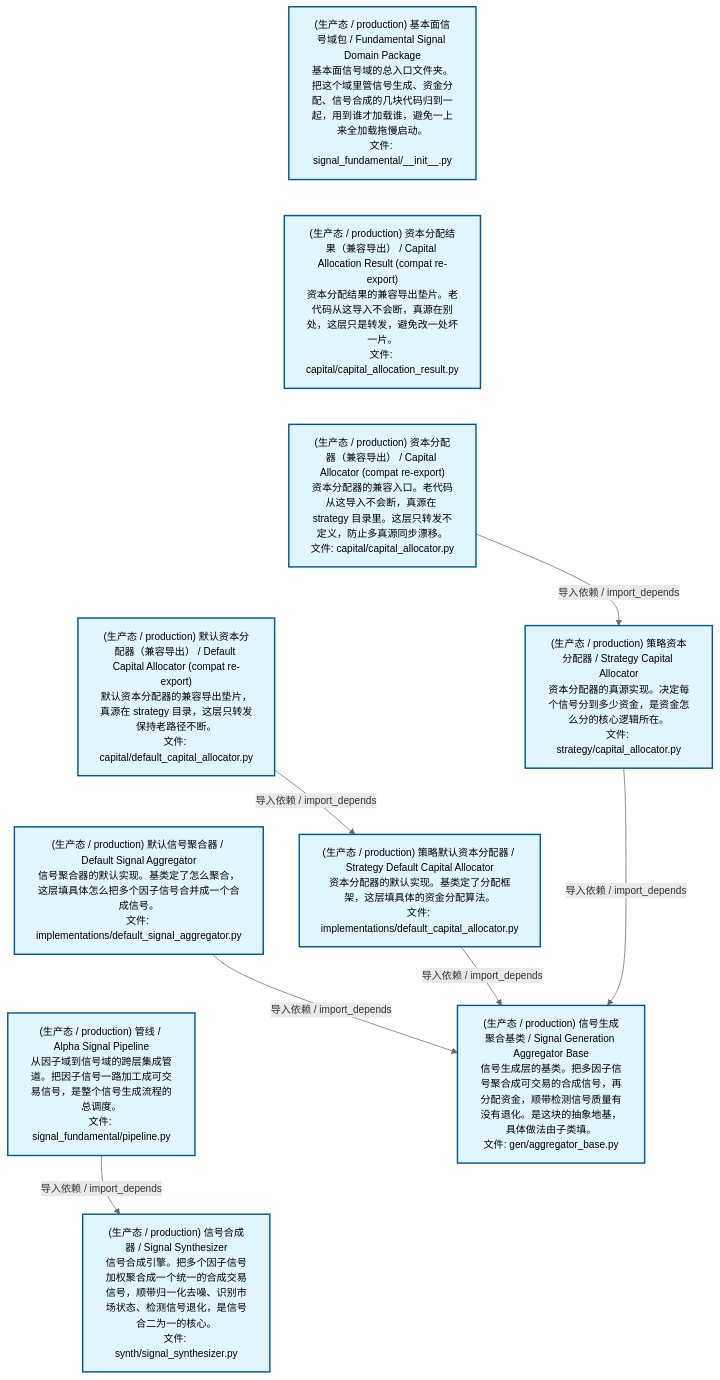
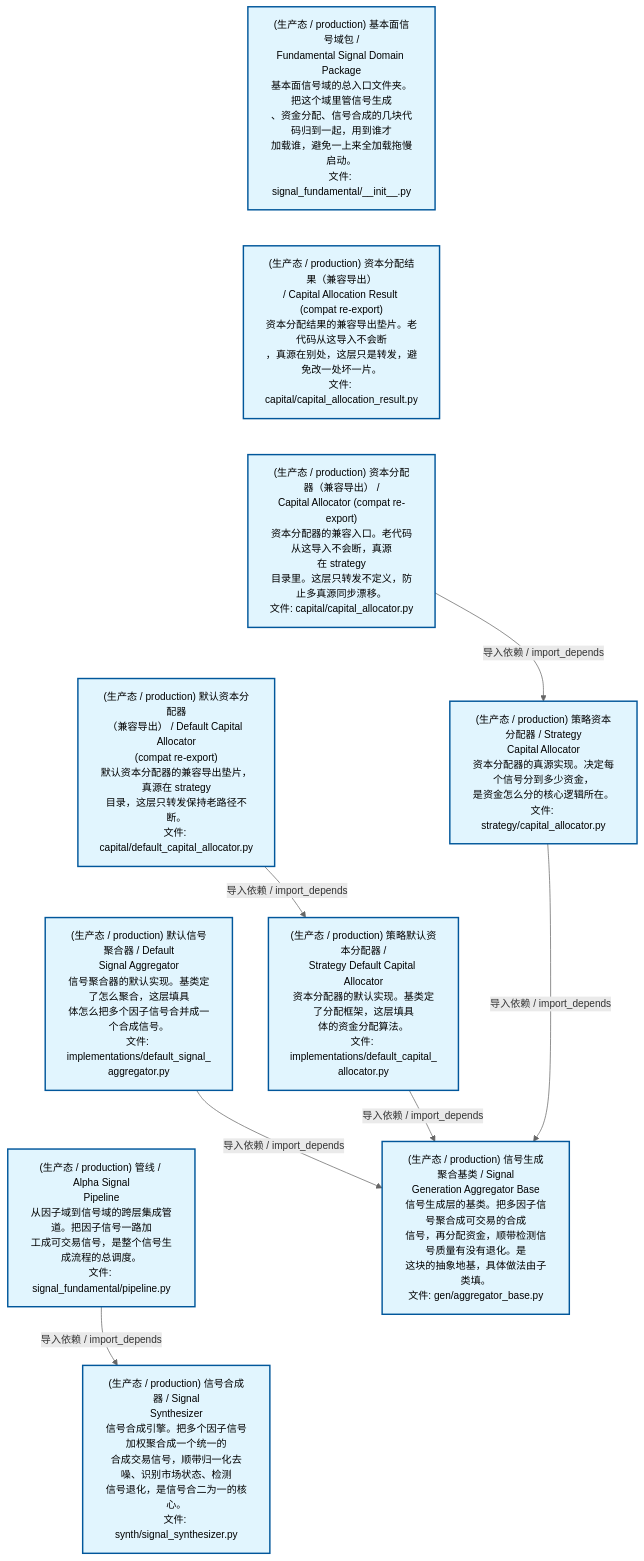
The second of 4 diagrams in docs/02_enterprise_architecture/02_domain_architecture_docs/48_d_fundamental_signal.md (xuanFelixVan/ZephyrAlpha), drawn with Mermaid before and after one commit. The commit also changed other lines of this file and 61 other files, not shown here.

````diff
--- a/docs/02_enterprise_architecture/02_domain_architecture_docs/48_d_fundamental_signal.md
+++ b/docs/02_enterprise_architecture/02_domain_architecture_docs/48_d_fundamental_signal.md
@@ -123,32 +123,32 @@
 ```mermaid
 %%{init: {'theme': 'base', 'themeVariables': {'primaryColor': '#eaeaea', 'primaryTextColor': '#333333', 'primaryBorderColor': '#666666', 'lineColor': '#666666', 'secondaryColor': '#eaeaea', 'tertiaryColor': '#eaeaea', 'fontSize': '14px'}}}%%
 flowchart TD
-    src_zephyr_signal_fundamental_init_py["(生产态 / production) 基本面信号域包 / Fundamental Signal Domain Package<br/>基本面信号域的总入口文件夹。把这个域里管信号生成、资金分配、信号合成的几块代码归到一起，用到谁才加载谁，避免一上来全加载拖慢启动。<br/>文件: signal_fundamental/__init__.py"]
-    src_zephyr_signal_fundamental_capital_capital_allocation_result_py["(生产态 / production) 资本分配结果（兼容导出） / Capital Allocation Result (compat re-export)<br/>资本分配结果的兼容导出垫片。老代码从这导入不会断，真源在别处，这层只是转发，避免改一处坏一片。<br/>文件: capital/capital_allocation_result.py"]
-    src_zephyr_signal_fundamental_capital_capital_allocator_py["(生产态 / production) 资本分配器（兼容导出） / Capital Allocator (compat re-export)<br/>资本分配器的兼容入口。老代码从这导入不会断，真源在 strategy 目录里。这层只转发不定义，防止多真源同步漂移。<br/>文件: capital/capital_allocator.py"]
-    src_zephyr_signal_fundamental_capital_default_capital_allocator_py["(生产态 / production) 默认资本分配器（兼容导出） / Default Capital Allocator (compat re-export)<br/>默认资本分配器的兼容导出垫片，真源在 strategy 目录，这层只转发保持老路径不断。<br/>文件: capital/default_capital_allocator.py"]
-    src_zephyr_signal_fundamental_gen_implementations_default_signal_aggregator_py["(生产态 / production) 默认信号聚合器 / Default Signal Aggregator<br/>信号聚合器的默认实现。基类定了怎么聚合，这层填具体怎么把多个因子信号合并成一个合成信号。<br/>文件: implementations/default_signal_aggregator.py"]
-    src_zephyr_signal_fundamental_pipeline_py["(生产态 / production) 管线 / Alpha Signal Pipeline<br/>从因子域到信号域的跨层集成管道。把因子信号一路加工成可交易信号，是整个信号生成流程的总调度。<br/>文件: signal_fundamental/pipeline.py"]
+    src_zephyr_signal_fundamental_init_py["(生产态 / production) 基本面信号域包 /<br/>Fundamental Signal Domain Package<br/>基本面信号域的总入口文件夹。把这个域里管信号生成<br/>、资金分配、信号合成的几块代码归到一起，用到谁才<br/>加载谁，避免一上来全加载拖慢启动。<br/>文件: signal_fundamental/__init__.py"]
+    src_zephyr_signal_fundamental_capital_capital_allocation_result_py["(生产态 / production) 资本分配结果（兼容导出）<br/>/ Capital Allocation Result (compat re-export)<br/>资本分配结果的兼容导出垫片。老代码从这导入不会断<br/>，真源在别处，这层只是转发，避免改一处坏一片。<br/>文件: capital/capital_allocation_result.py"]
+    src_zephyr_signal_fundamental_capital_capital_allocator_py["(生产态 / production) 资本分配器（兼容导出） /<br/>Capital Allocator (compat re-export)<br/>资本分配器的兼容入口。老代码从这导入不会断，真源<br/>在 strategy<br/>目录里。这层只转发不定义，防止多真源同步漂移。<br/>文件: capital/capital_allocator.py"]
+    src_zephyr_signal_fundamental_capital_default_capital_allocator_py["(生产态 / production) 默认资本分配器<br/>（兼容导出） / Default Capital Allocator<br/>(compat re-export)<br/>默认资本分配器的兼容导出垫片，真源在 strategy<br/>目录，这层只转发保持老路径不断。<br/>文件: capital/default_capital_allocator.py"]
+    src_zephyr_signal_fundamental_gen_implementations_default_signal_aggregator_py["(生产态 / production) 默认信号聚合器 / Default<br/>Signal Aggregator<br/>信号聚合器的默认实现。基类定了怎么聚合，这层填具<br/>体怎么把多个因子信号合并成一个合成信号。<br/>文件: implementations/default_signal_<br/>aggregator.py"]
+    src_zephyr_signal_fundamental_pipeline_py["(生产态 / production) 管线 / Alpha Signal<br/>Pipeline<br/>从因子域到信号域的跨层集成管道。把因子信号一路加<br/>工成可交易信号，是整个信号生成流程的总调度。<br/>文件: signal_fundamental/pipeline.py"]
     src_zephyr_signal_fundamental_init_py ~~~ src_zephyr_signal_fundamental_capital_capital_allocation_result_py
     src_zephyr_signal_fundamental_capital_capital_allocation_result_py ~~~ src_zephyr_signal_fundamental_capital_capital_allocator_py
     src_zephyr_signal_fundamental_capital_capital_allocator_py ~~~ src_zephyr_signal_fundamental_capital_default_capital_allocator_py
     src_zephyr_signal_fundamental_capital_default_capital_allocator_py ~~~ src_zephyr_signal_fundamental_gen_implementations_default_signal_aggregator_py
     src_zephyr_signal_fundamental_gen_implementations_default_signal_aggregator_py ~~~ src_zephyr_signal_fundamental_pipeline_py
-    src_zephyr_signal_fundamental_strategy_capital_allocator_py["(生产态 / production) 策略资本分配器 / Strategy Capital Allocator<br/>资本分配器的真源实现。决定每个信号分到多少资金，是资金怎么分的核心逻辑所在。<br/>文件: strategy/capital_allocator.py"]
-    src_zephyr_signal_fundamental_strategy_implementations_default_capital_allocator_py["(生产态 / production) 策略默认资本分配器 / Strategy Default Capital Allocator<br/>资本分配器的默认实现。基类定了分配框架，这层填具体的资金分配算法。<br/>文件: implementations/default_capital_allocator.py"]
-    src_zephyr_signal_fundamental_synth_signal_synthesizer_py["(生产态 / production) 信号合成器 / Signal Synthesizer<br/>信号合成引擎。把多个因子信号加权聚合成一个统一的合成交易信号，顺带归一化去噪、识别市场状态、检测信号退化，是信号合二为一的核心。<br/>文件: synth/signal_synthesizer.py"]
+    src_zephyr_signal_fundamental_strategy_capital_allocator_py["(生产态 / production) 策略资本分配器 / Strategy<br/>Capital Allocator<br/>资本分配器的真源实现。决定每个信号分到多少资金，<br/>是资金怎么分的核心逻辑所在。<br/>文件: strategy/capital_allocator.py"]
+    src_zephyr_signal_fundamental_strategy_implementations_default_capital_allocator_py["(生产态 / production) 策略默认资本分配器 /<br/>Strategy Default Capital Allocator<br/>资本分配器的默认实现。基类定了分配框架，这层填具<br/>体的资金分配算法。<br/>文件: implementations/default_capital_<br/>allocator.py"]
+    src_zephyr_signal_fundamental_synth_signal_synthesizer_py["(生产态 / production) 信号合成器 / Signal<br/>Synthesizer<br/>信号合成引擎。把多个因子信号加权聚合成一个统一的<br/>合成交易信号，顺带归一化去噪、识别市场状态、检测<br/>信号退化，是信号合二为一的核心。<br/>文件: synth/signal_synthesizer.py"]
     src_zephyr_signal_fundamental_strategy_capital_allocator_py ~~~ src_zephyr_signal_fundamental_strategy_implementations_default_capital_allocator_py
     src_zephyr_signal_fundamental_strategy_implementations_default_capital_allocator_py ~~~ src_zephyr_signal_fundamental_synth_signal_synthesizer_py
-    src_zephyr_signal_fundamental_gen_aggregator_base_py["(生产态 / production) 信号生成聚合基类 / Signal Generation Aggregator Base<br/>信号生成层的基类。把多因子信号聚合成可交易的合成信号，再分配资金，顺带检测信号质量有没有退化。是这块的抽象地基，具体做法由子类填。<br/>文件: gen/aggregator_base.py"]
+    src_zephyr_signal_fundamental_gen_aggregator_base_py["(生产态 / production) 信号生成聚合基类 / Signal<br/>Generation Aggregator Base<br/>信号生成层的基类。把多因子信号聚合成可交易的合成<br/>信号，再分配资金，顺带检测信号质量有没有退化。是<br/>这块的抽象地基，具体做法由子类填。<br/>文件: gen/aggregator_base.py"]
     src_zephyr_signal_fundamental_pipeline_py -->|导入依赖 / import_depends| src_zephyr_signal_fundamental_synth_signal_synthesizer_py
+    src_zephyr_signal_fundamental_capital_default_capital_allocator_py -->|导入依赖 / import_depends| src_zephyr_signal_fundamental_strategy_implementations_default_capital_allocator_py
     src_zephyr_signal_fundamental_capital_capital_allocator_py -->|导入依赖 / import_depends| src_zephyr_signal_fundamental_strategy_capital_allocator_py
-    src_zephyr_signal_fundamental_capital_default_capital_allocator_py -->|导入依赖 / import_depends| src_zephyr_signal_fundamental_strategy_implementations_default_capital_allocator_py
     src_zephyr_signal_fundamental_gen_implementations_default_signal_aggregator_py -->|导入依赖 / import_depends| src_zephyr_signal_fundamental_gen_aggregator_base_py
     src_zephyr_signal_fundamental_strategy_capital_allocator_py -->|导入依赖 / import_depends| src_zephyr_signal_fundamental_gen_aggregator_base_py
     src_zephyr_signal_fundamental_strategy_implementations_default_capital_allocator_py -->|导入依赖 / import_depends| src_zephyr_signal_fundamental_gen_aggregator_base_py
     classDef production fill:#e1f5fe,stroke:#01579b,stroke-width:2px,color:#000
     classDef design fill:#fff3e0,stroke:#e65100,stroke-width:2px,color:#000,stroke-dasharray: 5 5
     classDef external_prod fill:#e8f4fd,stroke:#0277bd,stroke-width:1px,color:#000
     classDef external_design fill:#fff8e7,stroke:#ef6c00,stroke-width:1px,color:#000,stroke-dasharray: 5 5
     class src_zephyr_signal_fundamental_init_py,src_zephyr_signal_fundamental_capital_capital_allocation_result_py,src_zephyr_signal_fundamental_capital_capital_allocator_py,src_zephyr_signal_fundamental_capital_default_capital_allocator_py,src_zephyr_signal_fundamental_gen_aggregator_base_py,src_zephyr_signal_fundamental_gen_implementations_default_signal_aggregator_py,src_zephyr_signal_fundamental_pipeline_py,src_zephyr_signal_fundamental_strategy_capital_allocator_py,src_zephyr_signal_fundamental_strategy_implementations_default_capital_allocator_py,src_zephyr_signal_fundamental_synth_signal_synthesizer_py production
 ```
````
